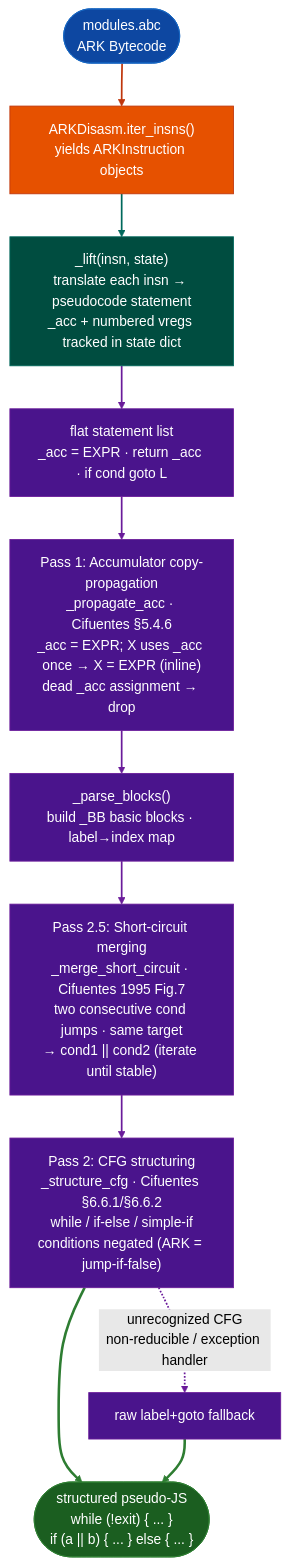
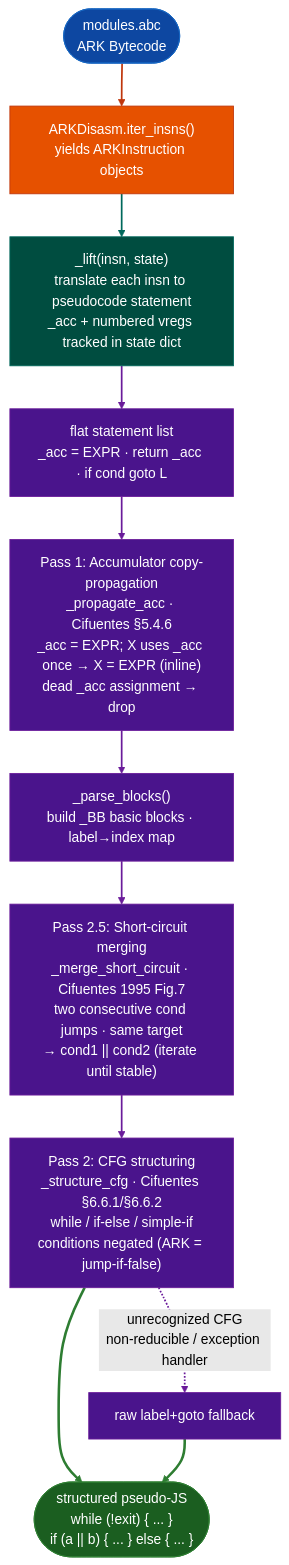
Before and after one commit to Ablation-Tool/ablation: the diagram in docs/reference-modules/harmonyos.md, drawn with Mermaid (forest theme). The commit also changed other lines of this file, not shown here.

````diff
--- a/docs/reference-modules/harmonyos.md
+++ b/docs/reference-modules/harmonyos.md
@@ -419,30 +429,30 @@
 ```mermaid
 flowchart TD
     A(["modules.abc\nARK Bytecode"]):::input --> B["ARKDisasm.iter_insns()\nyields ARKInstruction objects"]:::primary
-    B:::primary --> C["_lift(insn, state)\ntranslate each insn → pseudocode statement\n_acc + numbered vregs tracked in state dict"]:::secondary
+    B:::primary --> C["_lift(insn, state)\ntranslate each insn to pseudocode statement\n_acc + numbered vregs tracked in state dict"]:::secondary
     C:::secondary --> D["flat statement list\n_acc = EXPR · return _acc · if cond goto L"]:::tertiary
 
     D:::tertiary --> E["Pass 1: Accumulator copy-propagation\n_propagate_acc · Cifuentes §5.4.6\n_acc = EXPR; X uses _acc once → X = EXPR (inline)\ndead _acc assignment → drop"]:::tertiary
     E:::tertiary --> F["_parse_blocks()\nbuild _BB basic blocks · label→index map"]:::tertiary
     F:::tertiary --> G["Pass 2.5: Short-circuit merging\n_merge_short_circuit · Cifuentes 1995 Fig.7\ntwo consecutive cond jumps · same target\n→ cond1 || cond2 (iterate until stable)"]:::tertiary
     G:::tertiary --> H["Pass 2: CFG structuring\n_structure_cfg · Cifuentes §6.6.1/§6.6.2\nwhile / if-else / simple-if\nconditions negated (ARK = jump-if-false)"]:::tertiary
     H:::tertiary --> I(["structured pseudo-JS\nwhile (!exit) { ... }\nif (a || b) { ... } else { ... }"]):::output
     H:::tertiary -.->|"unrecognized CFG\nnon-reducible / exception handler"| J["raw label+goto fallback"]:::tertiary
     J:::tertiary --> I:::output
     classDef input     fill:#0d47a1,stroke:#1565c0,color:#fff
     classDef primary   fill:#e65100,stroke:#bf360c,color:#fff
     classDef secondary fill:#004d40,stroke:#00695c,color:#fff
     classDef tertiary  fill:#4a148c,stroke:#6a1b9a,color:#fff
     classDef neutral   fill:#37474f,stroke:#546e7a,color:#fff
     classDef output    fill:#1b5e20,stroke:#2e7d32,color:#fff
     linkStyle 0 stroke:#bf360c,stroke-width:2px
     linkStyle 1 stroke:#00695c,stroke-width:2px
     linkStyle 2 stroke:#6a1b9a,stroke-width:2px
     linkStyle 3 stroke:#6a1b9a,stroke-width:2px
     linkStyle 4 stroke:#6a1b9a,stroke-width:2px
     linkStyle 5 stroke:#6a1b9a,stroke-width:2px
     linkStyle 6 stroke:#6a1b9a,stroke-width:2px
     linkStyle 7 stroke:#2e7d32,stroke-width:3px
     linkStyle 8 stroke:#6a1b9a,stroke-width:2px
     linkStyle 9 stroke:#2e7d32,stroke-width:3px
 ```
````
